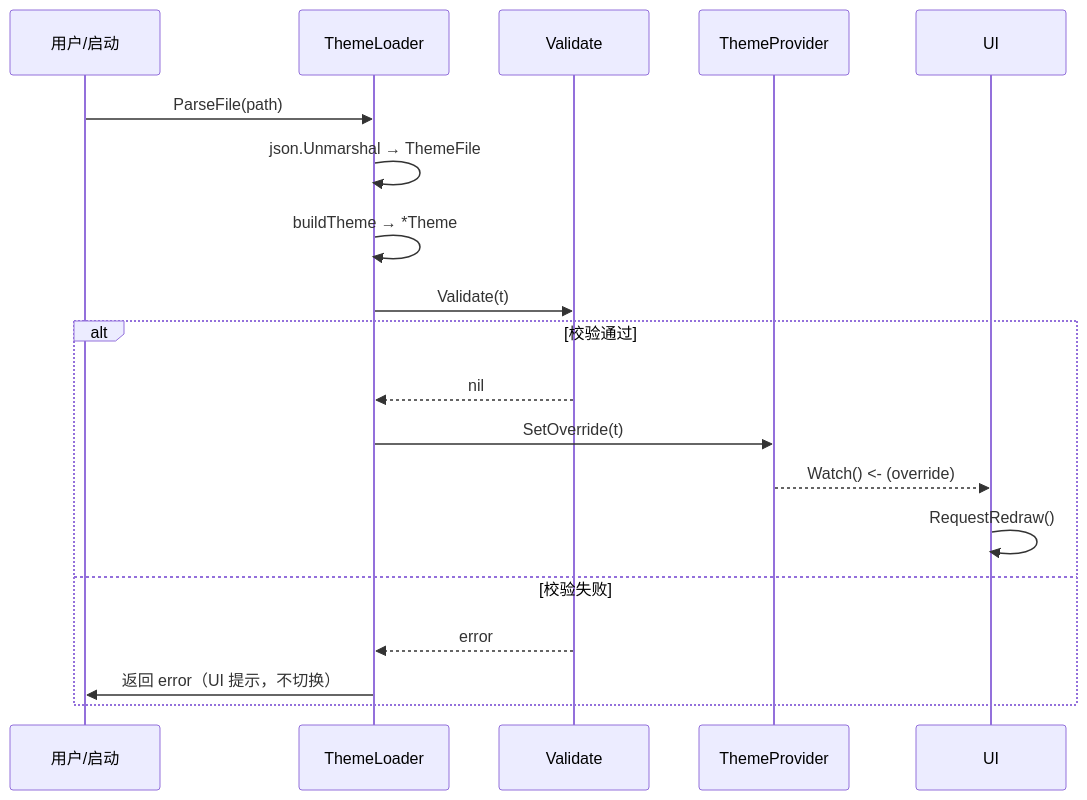
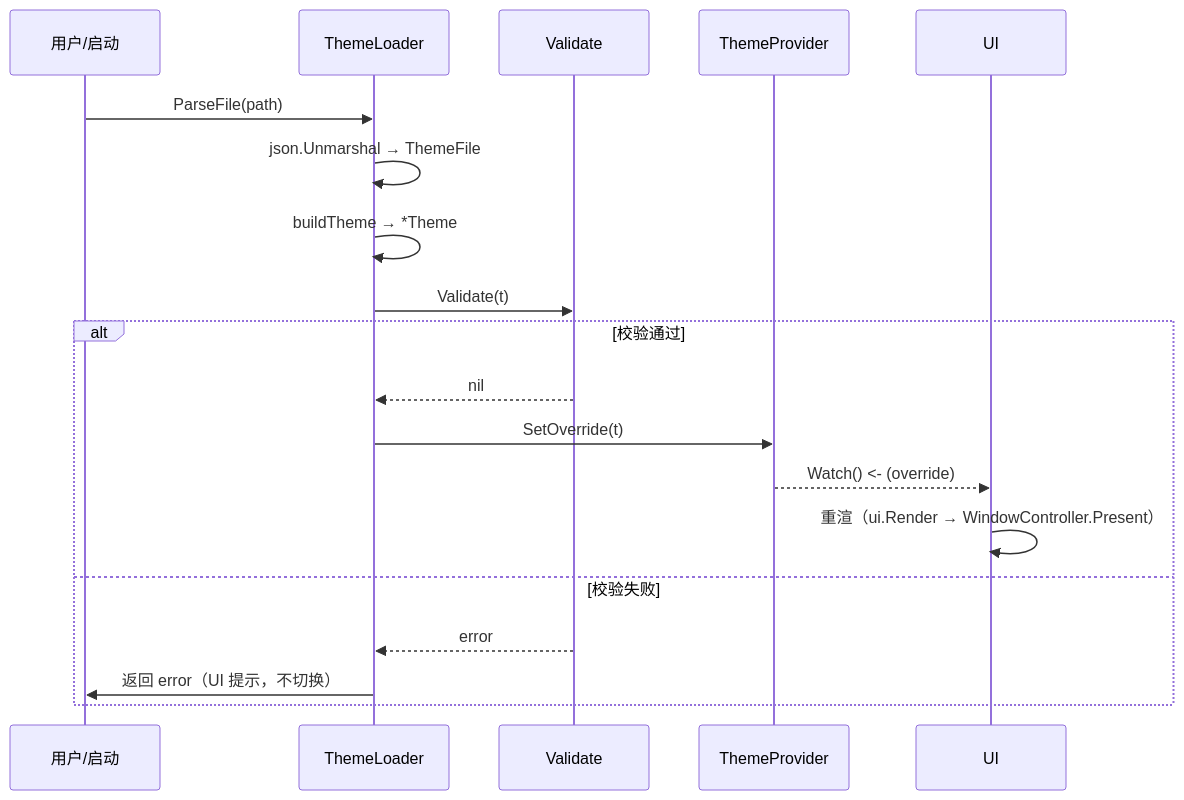
One commit to shaolei/DeskCalendar changed the third of 4 diagrams in docs/40-Theme/ThemeJson.md. Above: the diagram before and after it, drawn with Mermaid. The commit also changed 25 other files, not shown here.

````diff
--- a/docs/40-Theme/ThemeJson.md
+++ b/docs/40-Theme/ThemeJson.md
@@ -131,22 +131,22 @@
 ```mermaid
 sequenceDiagram
     participant U as 用户/启动
     participant L as ThemeLoader
     participant V as Validate
     participant P as ThemeProvider
     participant UI as UI
 
     U->>L: ParseFile(path)
     L->>L: json.Unmarshal → ThemeFile
     L->>L: buildTheme → *Theme
     L->>V: Validate(t)
     alt 校验通过
         V-->>L: nil
         L->>P: SetOverride(t)
         P-->>UI: Watch() <- (override)
-        UI->>UI: RequestRedraw()
+        UI->>UI: 重渲（ui.Render → WindowController.Present）
     else 校验失败
         V-->>L: error
         L->>U: 返回 error（UI 提示，不切换）
     end
 ```
````
